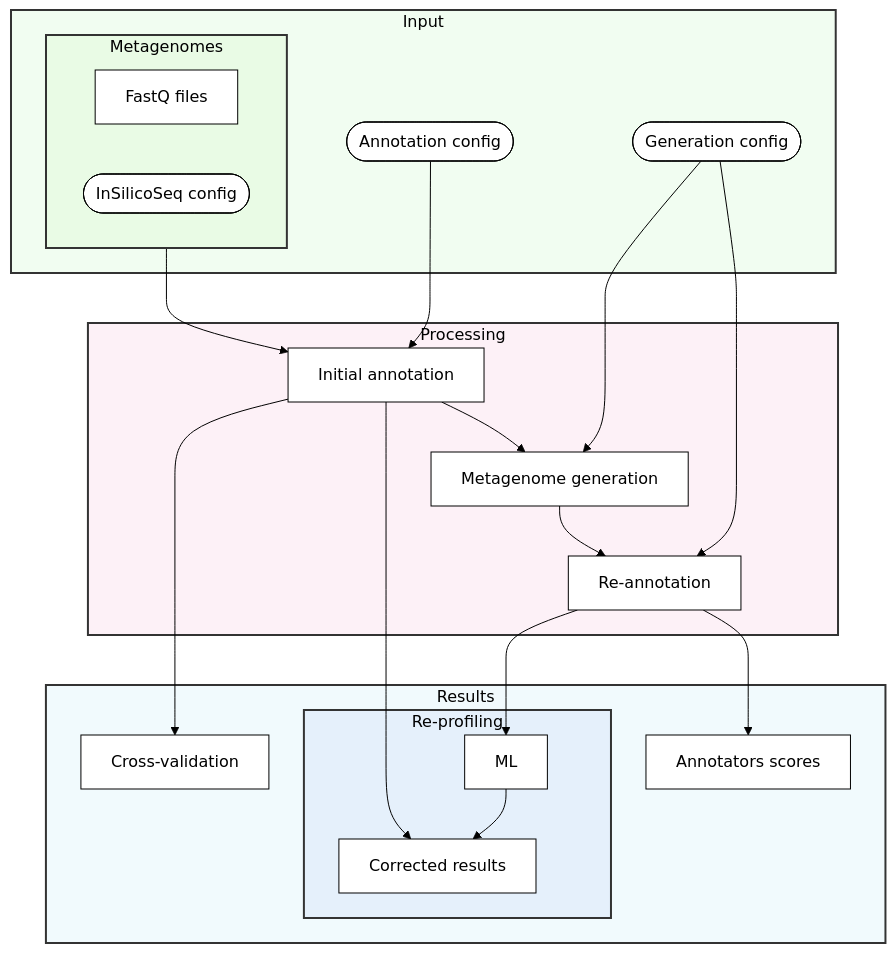
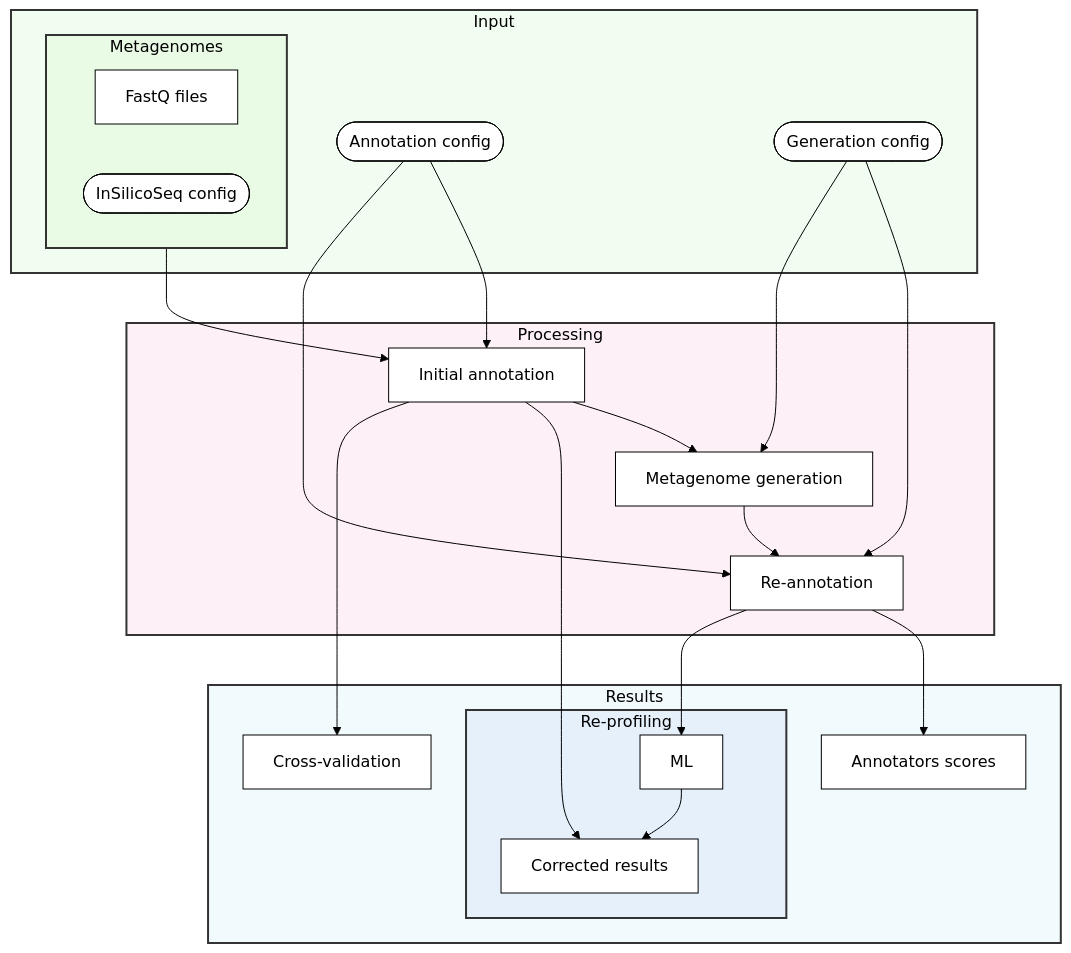
Before and after one commit to ctlab/samovar: the second of 3 diagrams in README.md, drawn with Mermaid. The commit also changed other lines of this file, not shown here.

````diff
--- a/README.md
+++ b/README.md
@@ -84,37 +84,38 @@
 ```mermaid
 %%{init: {'theme': 'base', 'themeVariables': { 'fontSize': '16px', 'fontFamily': 'arial', 'primaryColor': '#fff', 'primaryTextColor': '#000', 'primaryBorderColor': '#000', 'lineColor': '#000', 'secondaryColor': '#fff', 'tertiaryColor': '#fff'}}}%%
 graph TD
     subgraph Input
         subgraph Metagenomes
             A1[FastQ files]
             A2([InSilicoSeq config])
         end
         A3([Annotation config])
         A4([Generation config])
     end
 
     subgraph Processing
         Metagenomes --> C[Initial annotation]
         A3 --> C
         C --> E
         E --> F[Re-annotation]
         A4 --> F
         A4 --> E[Metagenome generation]
     end
+    A3 --> F
 
     subgraph Results
         F --> G1[Annotators scores]
         F --> ML
         subgraph Re-profiling
             C --> R
             ML --> R[Corrected results]
         end
         C --> C1[Cross-validation]
     end
 
     style Input fill:#90ee9020,stroke:#333,stroke-width:2px
     style Metagenomes fill:#b2ee9020,stroke:#333,stroke-width:2px
     style Processing fill:#ee90bf20,stroke:#333,stroke-width:2px
     style Results fill:#90d8ee20,stroke:#333,stroke-width:2px
     style Re-profiling fill:#90a4ee20,stroke:#333,stroke-width:2px
 ```
````
